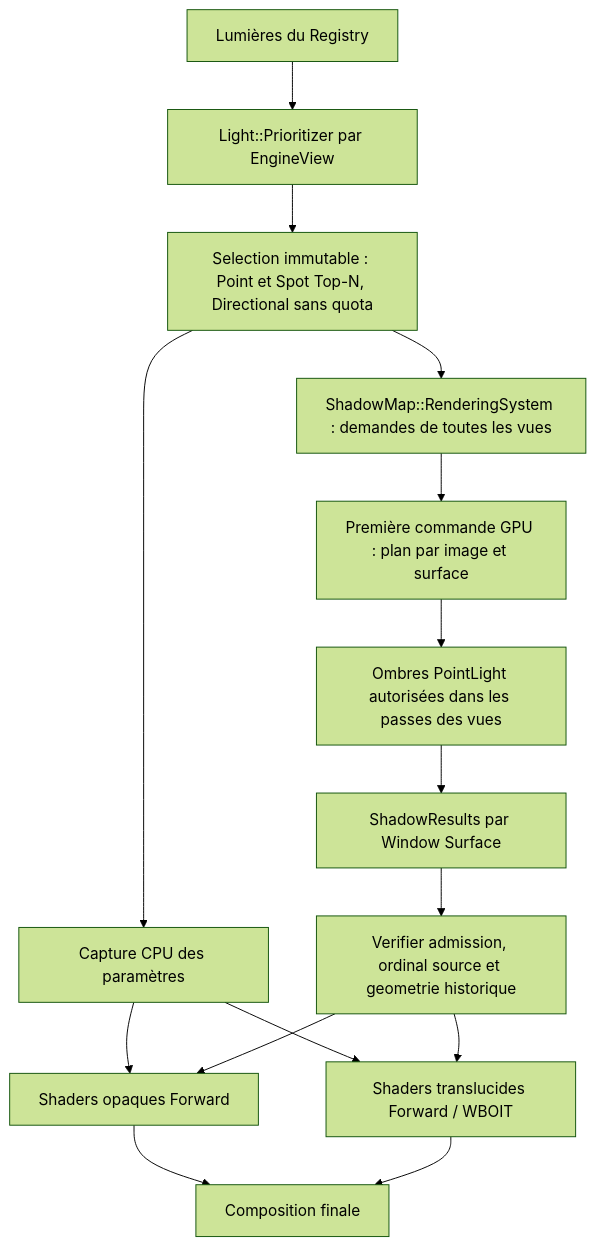
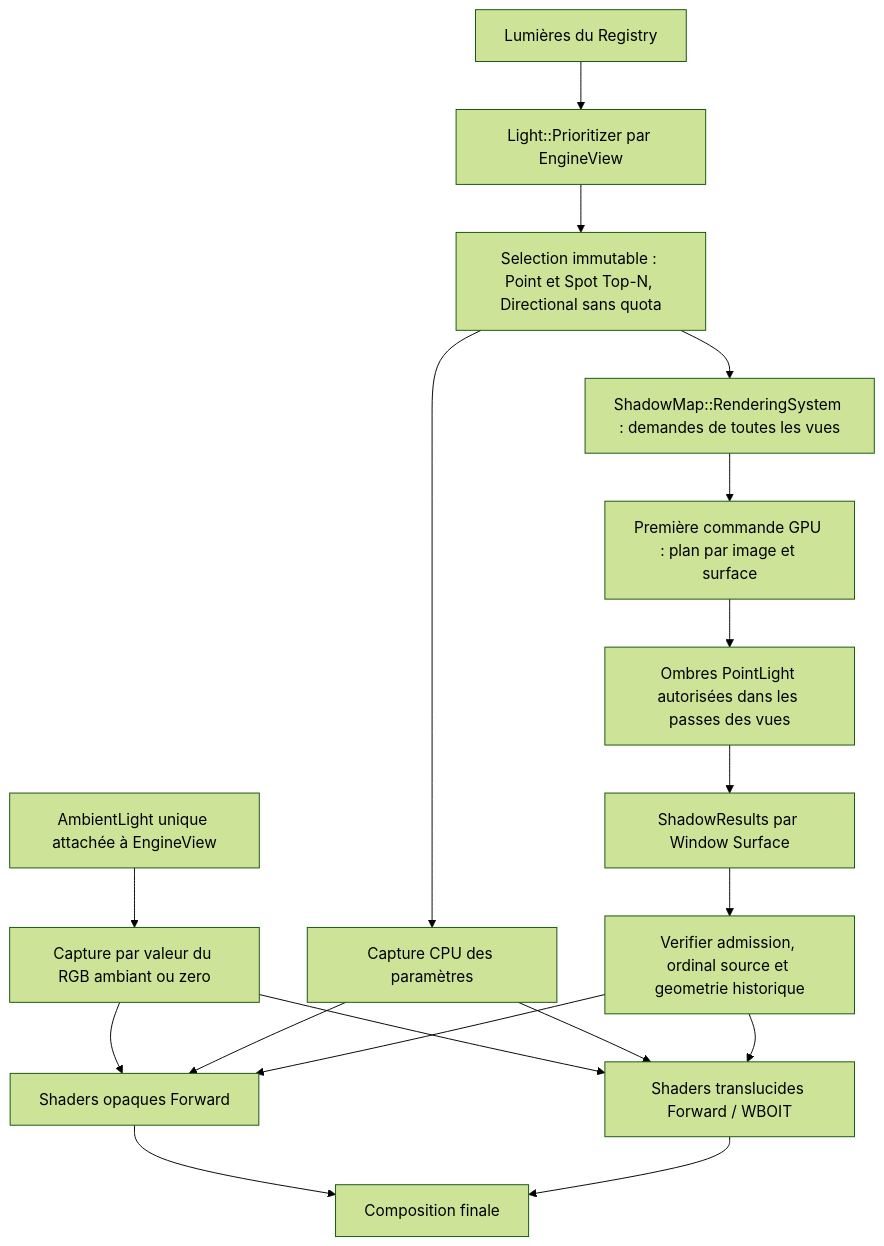
Before and after one commit to EreliaStudio/Sparkle: the third of 5 diagrams in docs/voxel-engine-v0.1.4/09-pipeline-gpu-transparence.md, drawn with Mermaid (forest theme). The commit also changed other lines of this file, not shown here.

Commit message:
docs(v0.1.4): add optional per-view AmbientLight object to forward lighting

````diff
--- a/docs/voxel-engine-v0.1.4/09-pipeline-gpu-transparence.md
+++ b/docs/voxel-engine-v0.1.4/09-pipeline-gpu-transparence.md
@@ -85,17 +87,20 @@
 ```mermaid
 flowchart TD
   L["Lumières du Registry"] --> P["Light::Prioritizer par EngineView"]
   P --> S["Selection immutable : Point et Spot Top-N, Directional sans quota"]
   S --> C["Capture CPU des paramètres"]
+  A["AmbientLight unique attachée à EngineView"] --> AC["Capture par valeur du RGB ambiant ou zero"]
+  AC --> O
+  AC --> W
   C --> O["Shaders opaques Forward"]
   C --> W["Shaders translucides Forward / WBOIT"]
   S --> SH["ShadowMap::RenderingSystem : demandes de toutes les vues"]
   SH --> Prep["Première commande GPU : plan par image et surface"]
   Prep --> Passes["Ombres PointLight autorisées dans les passes des vues"]
   Passes --> R["ShadowResults par Window Surface"]
   R --> G["Verifier admission, ordinal source et geometrie historique"]
   G --> O
   G --> W
   O --> F["Composition finale"]
   W --> F
 ```
````
